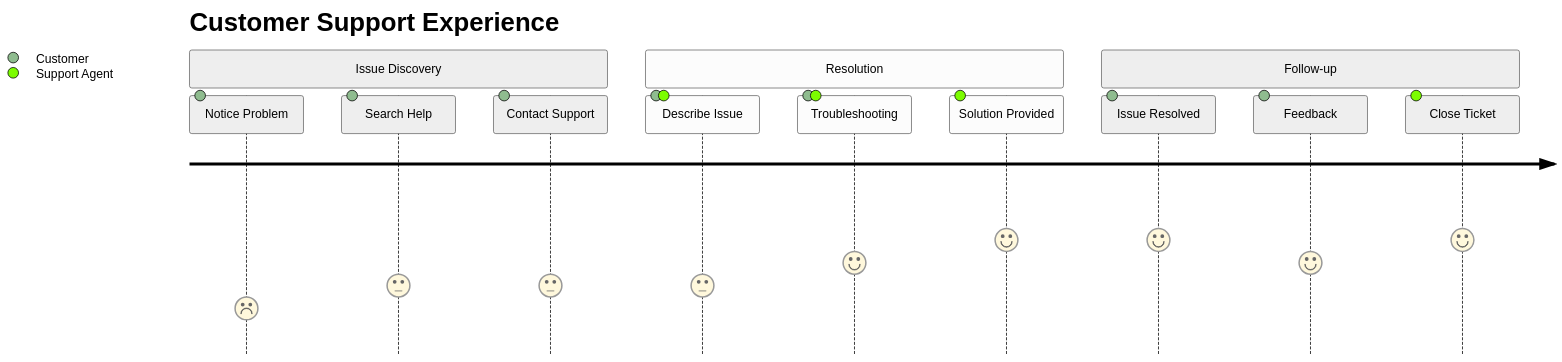
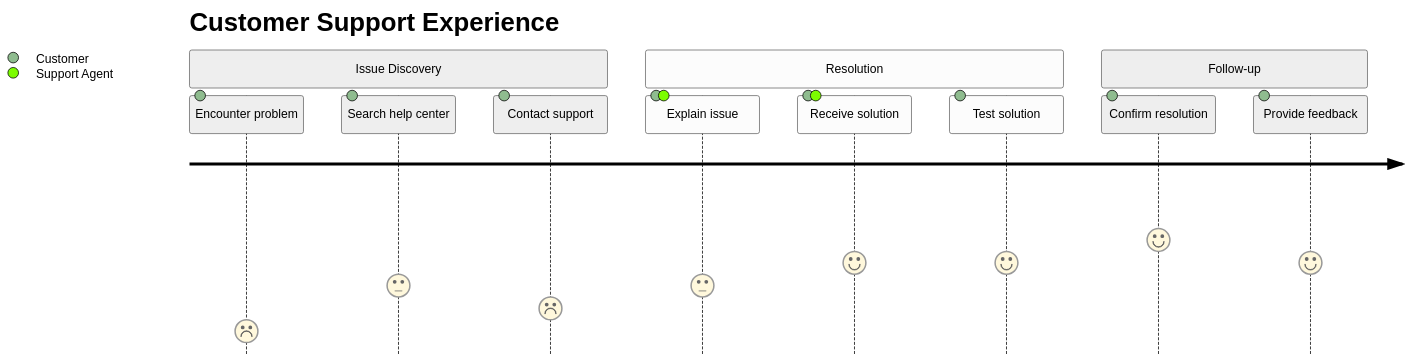
One commit to teachingai/full-stack-skills changed the fourth of 7 diagrams in skills/mermaid/examples/journey.md. Above: the diagram before and after it, drawn with Mermaid (neutral theme). The commit also changed other lines of this file and 21 other files, not shown here.

First line of the commit message:
docs(mermaid): 更新架构、块、C4和类图示例文档

````diff
--- a/skills/mermaid/examples/journey.md
+++ b/skills/mermaid/examples/journey.md
@@ -75,16 +82,15 @@
 ```mermaid
 journey
     title Customer Support Experience
     section Issue Discovery
-      Notice Problem: 2: Customer
-      Search Help: 3: Customer
-      Contact Support: 3: Customer
+      Encounter problem: 1: Customer
+      Search help center: 3: Customer
+      Contact support: 2: Customer
     section Resolution
-      Describe Issue: 3: Customer, Support Agent
-      Troubleshooting: 4: Customer, Support Agent
-      Solution Provided: 5: Support Agent
+      Explain issue: 3: Customer, Support Agent
+      Receive solution: 4: Customer, Support Agent
+      Test solution: 4: Customer
     section Follow-up
-      Issue Resolved: 5: Customer
-      Feedback: 4: Customer
-      Close Ticket: 5: Support Agent
+      Confirm resolution: 5: Customer
+      Provide feedback: 4: Customer
 ```
````
